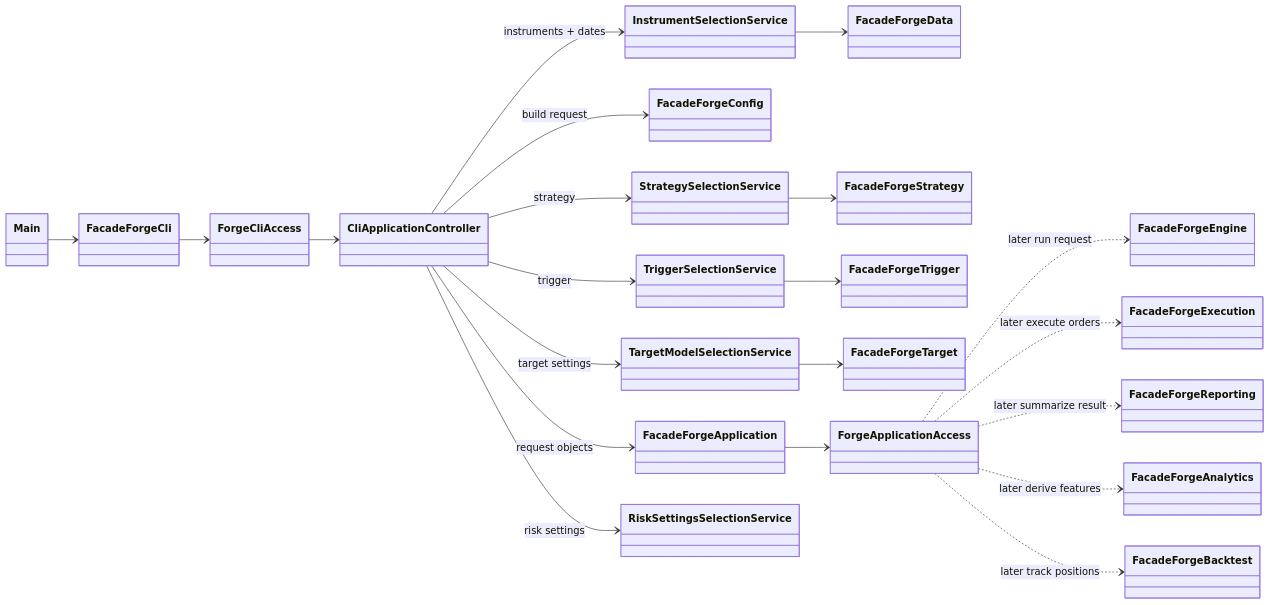
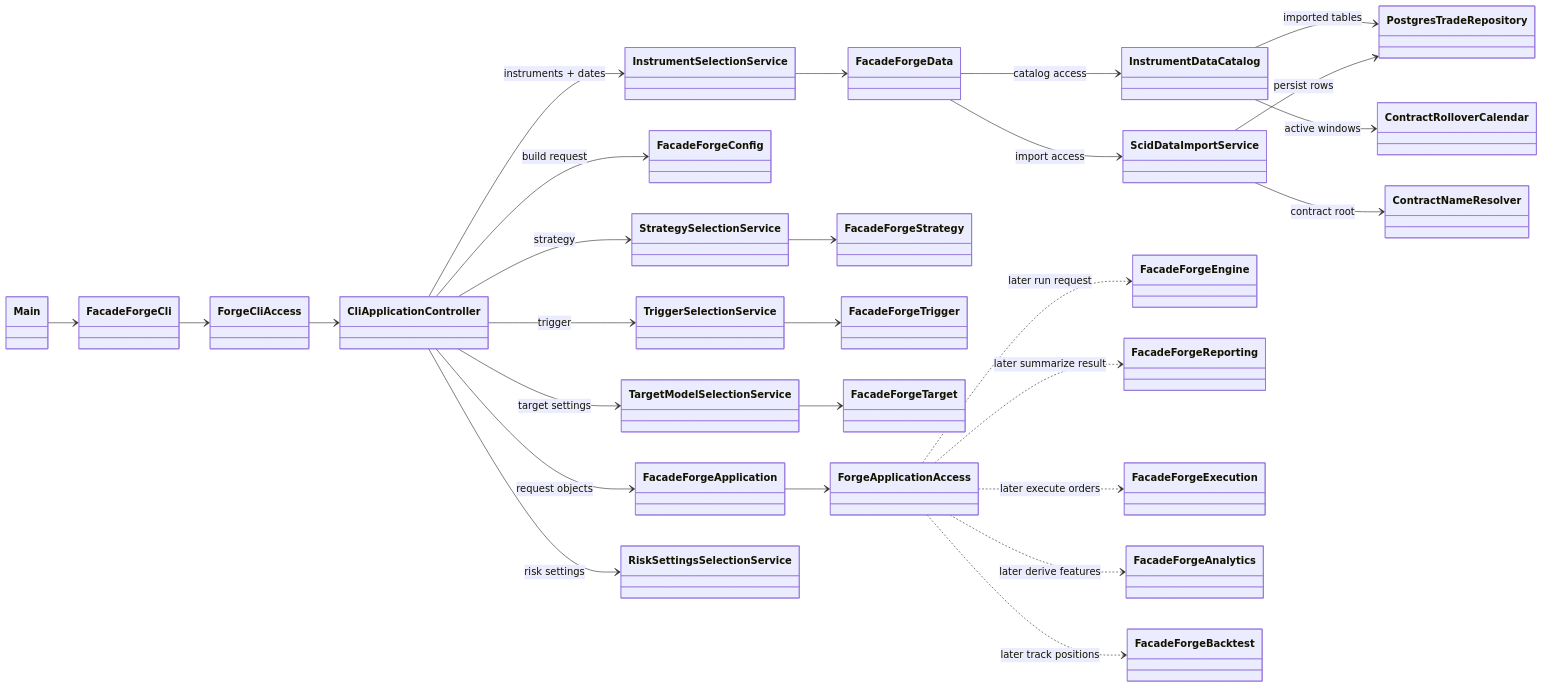
Before and after one commit to probst-paul/FORGE: the first of 19 diagrams in class-model.md, drawn with Mermaid. The commit also changed other lines of this file and 30 other files, not shown here.

````diff
--- a/class-model.md
+++ b/class-model.md
@@ -5,49 +5,60 @@
 ```mermaid
 classDiagram
     direction LR
 
     class Main
     class FacadeForgeCli
     class ForgeCliAccess
     class CliApplicationController
     class FacadeForgeApplication
     class FacadeForgeConfig
     class FacadeForgeData
+    class InstrumentDataCatalog
+    class ContractNameResolver
+    class ScidDataImportService
+    class PostgresTradeRepository
+    class ContractRolloverCalendar
     class FacadeForgeStrategy
     class FacadeForgeTrigger
     class FacadeForgeTarget
     class FacadeForgeEngine
     class FacadeForgeReporting
     class FacadeForgeExecution
     class FacadeForgeAnalytics
     class FacadeForgeBacktest
     class ForgeApplicationAccess
     class InstrumentSelectionService
     class StrategySelectionService
     class TriggerSelectionService
     class TargetModelSelectionService
     class RiskSettingsSelectionService
 
     Main --> FacadeForgeCli
     FacadeForgeCli --> ForgeCliAccess
     ForgeCliAccess --> CliApplicationController
     CliApplicationController --> FacadeForgeApplication : request objects
     FacadeForgeApplication --> ForgeApplicationAccess
     CliApplicationController --> InstrumentSelectionService : instruments + dates
     CliApplicationController --> StrategySelectionService : strategy
     CliApplicationController --> RiskSettingsSelectionService : risk settings
     CliApplicationController --> TriggerSelectionService : trigger
     CliApplicationController --> TargetModelSelectionService : target settings
     CliApplicationController --> FacadeForgeConfig : build request
 
     InstrumentSelectionService --> FacadeForgeData
+    FacadeForgeData --> InstrumentDataCatalog : catalog access
+    FacadeForgeData --> ScidDataImportService : import access
+    InstrumentDataCatalog --> PostgresTradeRepository : imported tables
+    InstrumentDataCatalog --> ContractRolloverCalendar : active windows
+    ScidDataImportService --> ContractNameResolver : contract root
+    ScidDataImportService --> PostgresTradeRepository : persist rows
     StrategySelectionService --> FacadeForgeStrategy
     TriggerSelectionService --> FacadeForgeTrigger
     TargetModelSelectionService --> FacadeForgeTarget
 
     ForgeApplicationAccess ..> FacadeForgeEngine : later run request
     ForgeApplicationAccess ..> FacadeForgeExecution : later execute orders
     ForgeApplicationAccess ..> FacadeForgeReporting : later summarize result
     ForgeApplicationAccess ..> FacadeForgeAnalytics : later derive features
     ForgeApplicationAccess ..> FacadeForgeBacktest : later track positions
 ```
````
